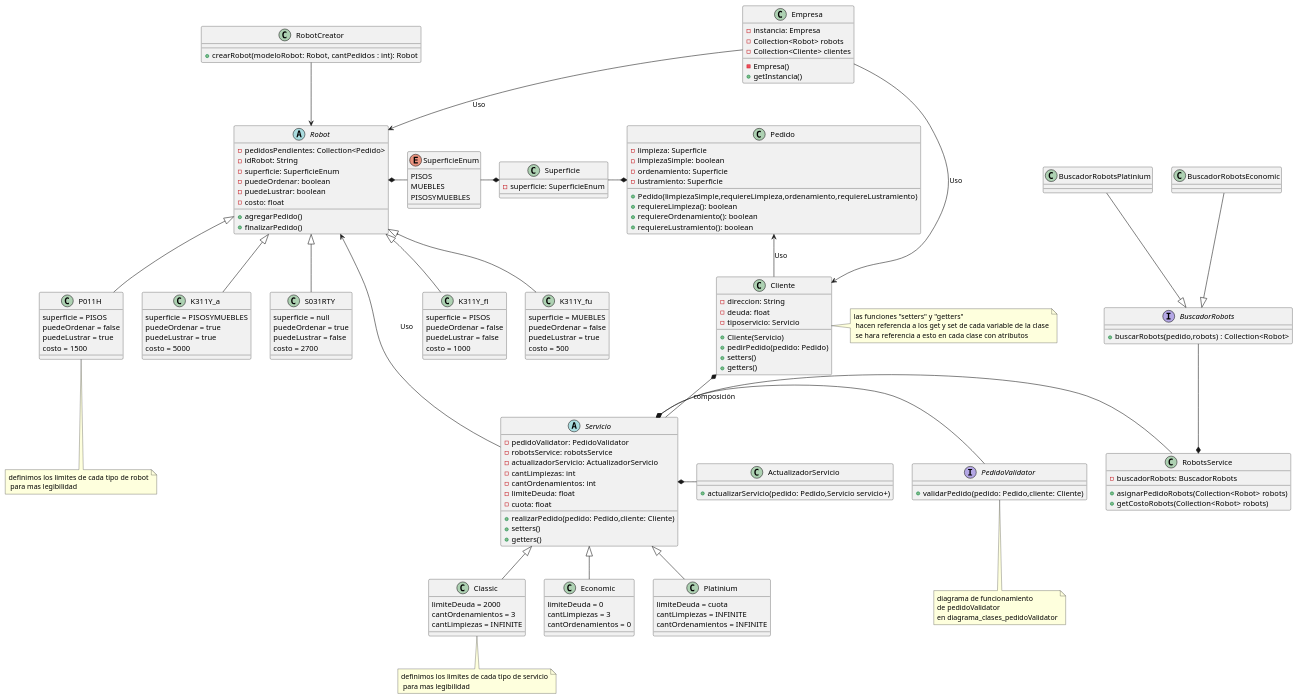
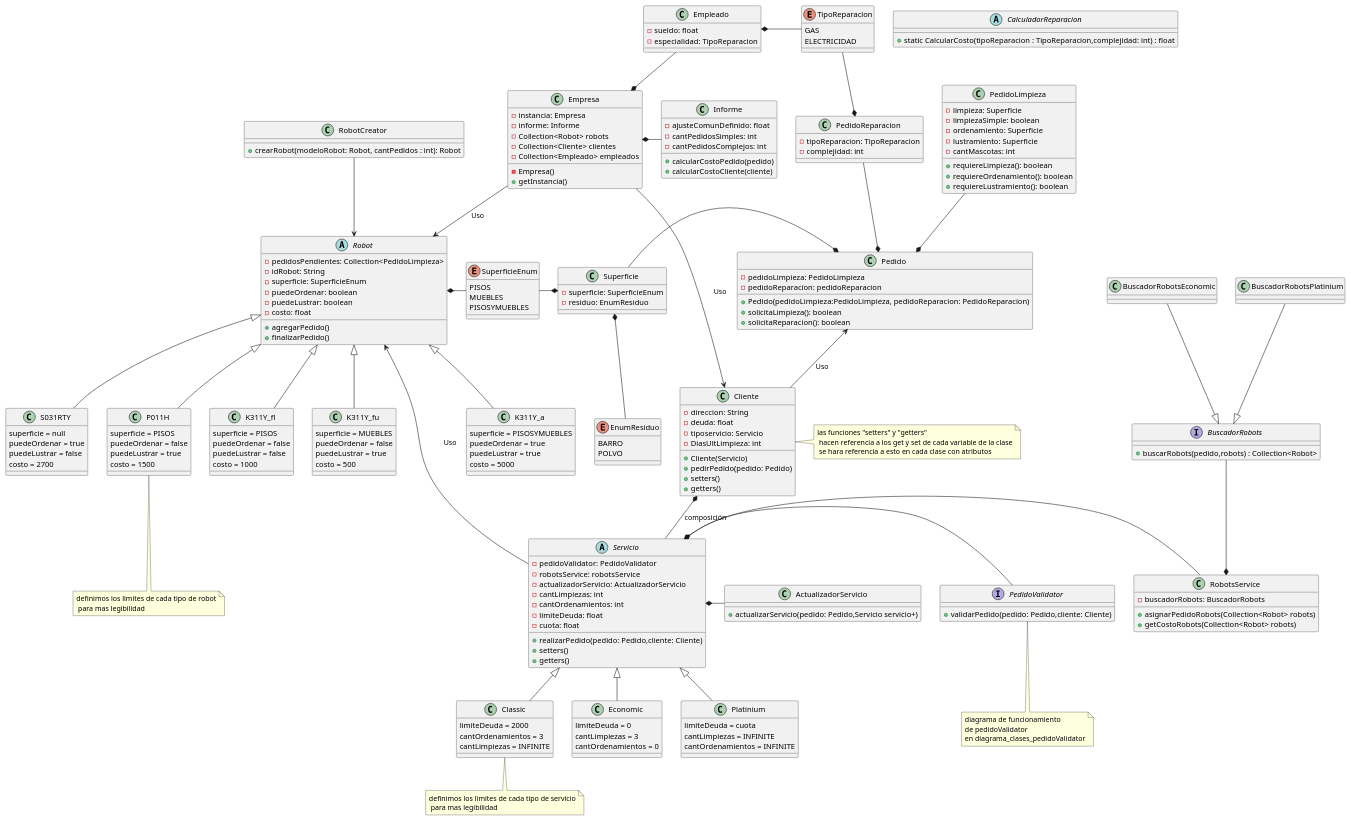
Before and after one commit to bacarvalho/TrabajoPractico: the diagram in src/main/java/com/grupo4/trabajo/Diagramas/diagrama_clases.puml, drawn with PlantUML.

Commit message:
parte 2 diagrama de clase

```diff
--- a/src/main/java/com/grupo4/trabajo/Diagramas/diagrama_clases.puml
+++ b/src/main/java/com/grupo4/trabajo/Diagramas/diagrama_clases.puml
@@ -6,6 +6,7 @@
 -direccion: String
 -deuda: float
 -tiposervicio: Servicio
+-DiasUltLimpieza: int
 
 +Cliente(Servicio)
 +pedirPedido(pedido: Pedido)
@@ -15,11 +16,22 @@
 
 class Empresa{
 -instancia: Empresa
+-informe: Informe
 -Collection<Robot> robots
 -Collection<Cliente> clientes
+-Collection<Empleado> empleados
 
 -Empresa()
 +getInstancia()
+}
+
+class Informe{
+    -ajusteComunDefinido: float
+    -cantPedidosSimples: int
+    -cantPedidosComplejos: int
+
+    +calcularCostoPedido(pedido)
+    +calcularCostoCliente(cliente)
 }
 
 
@@ -38,7 +50,7 @@
 }
 
 abstract class Robot{
-- pedidosPendientes: Collection<Pedido>
+- pedidosPendientes: Collection<PedidoLimpieza>
 - idRobot: String
 - superficie: SuperficieEnum
 - puedeOrdenar: boolean
@@ -124,15 +136,42 @@
 }
 
 class Pedido{
+-pedidoLimpieza: PedidoLimpieza
+-pedidoReparacion: pedidoReparacion
++Pedido(pedidoLimpieza:PedidoLimpieza, pedidoReparacion: PedidoReparacion)
++solicitaLimpieza(): boolean
++solicitaReparacion(): boolean
+}
+
+class PedidoLimpieza{
 - limpieza: Superficie
 - limpiezaSimple: boolean
 - ordenamiento: Superficie
 - lustramiento: Superficie
+- cantMascotas: int
 
-+Pedido(limpiezaSimple,requiereLimpieza,ordenamiento,requiereLustramiento)
 +requiereLimpieza(): boolean
 +requiereOrdenamiento(): boolean
 +requiereLustramiento(): boolean
+}
+
+class PedidoReparacion{
+    -tipoReparacion: TipoReparacion
+    -complejidad: int
+}
+
+class Empleado{
+    -sueldo: float
+    -especialidad: TipoReparacion
+}
+
+enum TipoReparacion{
+GAS
+ELECTRICIDAD
+}
+
+abstract class CalculadorReparacion{
++static CalcularCosto(tipoReparacion : TipoReparacion,complejidad: int) : float
 }
 
 enum SuperficieEnum{
@@ -141,8 +180,14 @@
 PISOSYMUEBLES
 }
 
+enum EnumResiduo{
+BARRO
+POLVO
+}
+
 class Superficie{
 - superficie: SuperficieEnum
+- residuo: EnumResiduo
 }
 
 Robot <|-- K311Y_fl
@@ -175,11 +220,19 @@
 Robot <-up-  Empresa : Uso
 
 Cliente *--  Servicio : composición
+Superficie *-- EnumResiduo
 
 Superficie *-left- SuperficieEnum
 Robot *-right- SuperficieEnum
 Pedido *-left- Superficie
 
+Empresa *-right- Informe
+
+Pedido *-up- PedidoLimpieza
+Pedido *-up- PedidoReparacion
+PedidoReparacion *-up- TipoReparacion
+Empleado *-right- TipoReparacion
+Empresa *-up- Empleado
 note bottom of Classic : definimos los limites de cada tipo de servicio\n para mas legibilidad
 note bottom of P011H : definimos los limites de cada tipo de robot\n para mas legibilidad
 note right of Cliente : las funciones "setters" y "getters" \n hacen referencia a los get y set de cada variable de la clase\n se hara referencia a esto en cada clase con atributos
```
